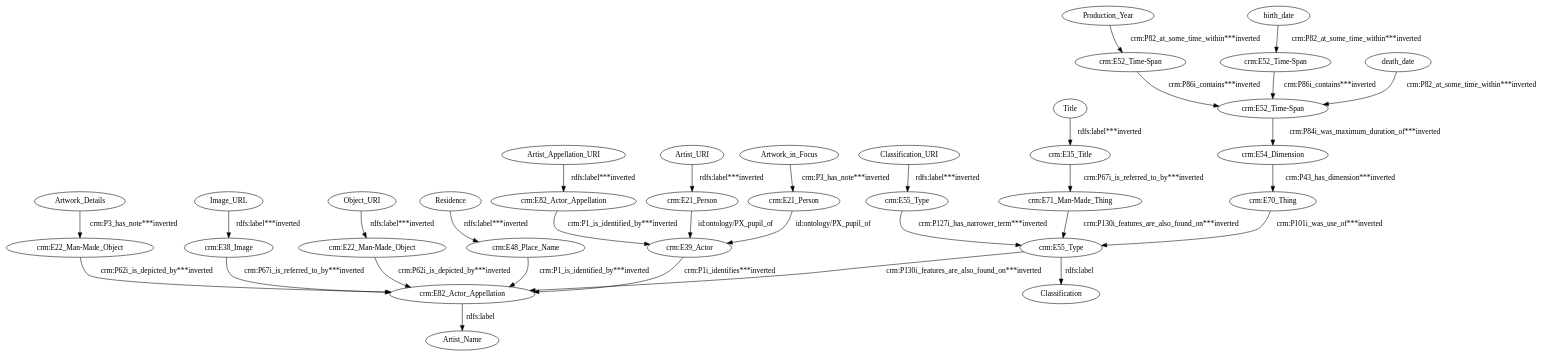
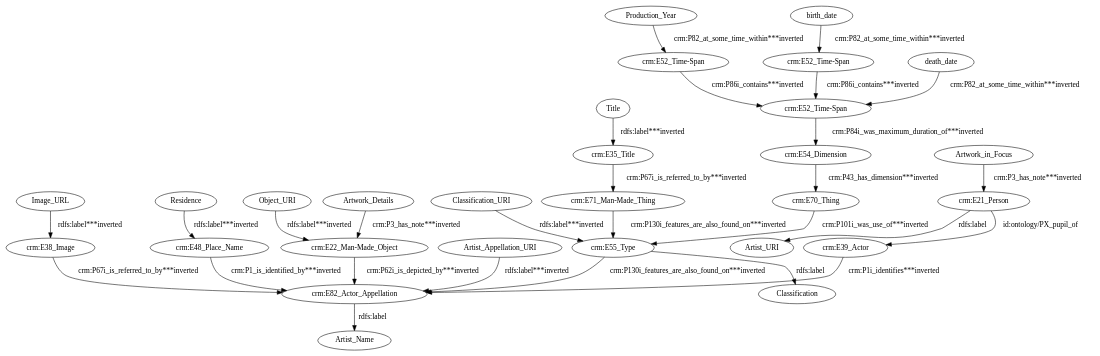
One commit to giuseppefutia/semi changed the diagram in data/taheriyan2016/task_01/semantic_models/steiner/dot/s20-s-lacma.dot. Above: the diagram before and after it, drawn with Graphviz. The commit also changed 223 other files, not shown here.

```diff
--- a/data/taheriyan2016/task_01/semantic_models/steiner/dot/s20-s-lacma.dot
+++ b/data/taheriyan2016/task_01/semantic_models/steiner/dot/s20-s-lacma.dot
@@ -1,65 +1,57 @@
 digraph {
   Artist_Appellation_URI [type=attribute_name,label=Artist_Appellation_URI]
   "crm:E82_Actor_Appellation1" [type=class_uri,label="crm:E82_Actor_Appellation"]
-  Artist_URI [type=attribute_name,label=Artist_URI]
-  "crm:E21_Person2" [type=class_uri,label="crm:E21_Person"]
   Artwork_Details [type=attribute_name,label=Artwork_Details]
   "crm:E22_Man-Made_Object1" [type=class_uri,label="crm:E22_Man-Made_Object"]
   Artwork_in_Focus [type=attribute_name,label=Artwork_in_Focus]
   "crm:E21_Person1" [type=class_uri,label="crm:E21_Person"]
   Classification_URI [type=attribute_name,label=Classification_URI]
   "crm:E55_Type1" [type=class_uri,label="crm:E55_Type"]
   Image_URL [type=attribute_name,label=Image_URL]
   "crm:E38_Image1" [type=class_uri,label="crm:E38_Image"]
   Object_URI [type=attribute_name,label=Object_URI]
-  "crm:E22_Man-Made_Object2" [type=class_uri,label="crm:E22_Man-Made_Object"]
   Production_Year [type=attribute_name,label=Production_Year]
   "crm:E52_Time-Span1" [type=class_uri,label="crm:E52_Time-Span"]
   Residence [type=attribute_name,label=Residence]
   "crm:E48_Place_Name1" [type=class_uri,label="crm:E48_Place_Name"]
   Title [type=attribute_name,label=Title]
   "crm:E35_Title1" [type=class_uri,label="crm:E35_Title"]
   birth_date [type=attribute_name,label=birth_date]
   "crm:E52_Time-Span2" [type=class_uri,label="crm:E52_Time-Span"]
+  Artist_URI [type=attribute_name,label=Artist_URI]
   "crm:E39_Actor" [type=class_uri,label="crm:E39_Actor"]
-  "crm:E82_Actor_Appellation2" [type=class_uri,label="crm:E82_Actor_Appellation"]
   "crm:E71_Man-Made_Thing" [type=class_uri,label="crm:E71_Man-Made_Thing"]
   "crm:E52_Time-Span3" [type=class_uri,label="crm:E52_Time-Span"]
   "crm:E54_Dimension" [type=class_uri,label="crm:E54_Dimension"]
   "crm:E70_Thing" [type=class_uri,label="crm:E70_Thing"]
-  "crm:E55_Type2" [type=class_uri,label="crm:E55_Type"]
   Classification [type=attribute_name,label=Classification]
   Artist_Name [type=attribute_name,label=Artist_Name]
   death_date [type=attribute_name,label=death_date]
-  Artist_Appellation_URI -> "crm:E82_Actor_Appellation1" [type=st_property_uri,label="rdfs:label***inverted"]
-  Artist_URI -> "crm:E21_Person2" [type=st_property_uri,label="rdfs:label***inverted"]
-  Artwork_Details -> "crm:E22_Man-Made_Object1" [type=st_property_uri,label="crm:P3_has_note***inverted"]
-  Artwork_in_Focus -> "crm:E21_Person1" [type=st_property_uri,label="crm:P3_has_note***inverted"]
-  Classification_URI -> "crm:E55_Type1" [type=st_property_uri,label="rdfs:label***inverted"]
-  Image_URL -> "crm:E38_Image1" [type=st_property_uri,label="rdfs:label***inverted"]
-  Object_URI -> "crm:E22_Man-Made_Object2" [type=st_property_uri,label="rdfs:label***inverted"]
-  Production_Year -> "crm:E52_Time-Span1" [type=st_property_uri,label="crm:P82_at_some_time_within***inverted"]
-  Residence -> "crm:E48_Place_Name1" [type=st_property_uri,label="rdfs:label***inverted"]
-  Title -> "crm:E35_Title1" [type=st_property_uri,label="rdfs:label***inverted"]
-  birth_date -> "crm:E52_Time-Span2" [type=st_property_uri,label="crm:P82_at_some_time_within***inverted"]
-  "crm:E21_Person1" -> "crm:E39_Actor" [label="id:ontology/PX_pupil_of",type=direct_property_uri]
-  "crm:E21_Person2" -> "crm:E39_Actor" [label="id:ontology/PX_pupil_of",type=direct_property_uri]
-  "crm:E22_Man-Made_Object1" -> "crm:E82_Actor_Appellation2" [type=inherited,label="crm:P62i_is_depicted_by***inverted"]
-  "crm:E22_Man-Made_Object2" -> "crm:E82_Actor_Appellation2" [type=inherited,label="crm:P62i_is_depicted_by***inverted"]
-  "crm:E35_Title1" -> "crm:E71_Man-Made_Thing" [type=inherited,label="crm:P67i_is_referred_to_by***inverted"]
-  "crm:E38_Image1" -> "crm:E82_Actor_Appellation2" [type=inherited,label="crm:P67i_is_referred_to_by***inverted"]
-  "crm:E39_Actor" -> "crm:E82_Actor_Appellation2" [type=inherited,label="crm:P1i_identifies***inverted"]
-  "crm:E48_Place_Name1" -> "crm:E82_Actor_Appellation2" [type=inherited,label="crm:P1_is_identified_by***inverted"]
-  "crm:E52_Time-Span1" -> "crm:E52_Time-Span3" [type=direct_property_uri,label="crm:P86i_contains***inverted"]
-  "crm:E52_Time-Span2" -> "crm:E52_Time-Span3" [type=direct_property_uri,label="crm:P86i_contains***inverted"]
-  "crm:E52_Time-Span3" -> "crm:E54_Dimension" [type=direct_property_uri,label="crm:P84i_was_maximum_duration_of***inverted"]
-  "crm:E54_Dimension" -> "crm:E70_Thing" [type=direct_property_uri,label="crm:P43_has_dimension***inverted"]
-  "crm:E55_Type1" -> "crm:E55_Type2" [type=direct_property_uri,label="crm:P127i_has_narrower_term***inverted"]
-  "crm:E55_Type2" -> Classification [label="rdfs:label",type=st_property_uri]
-  "crm:E55_Type2" -> "crm:E82_Actor_Appellation2" [type=inherited,label="crm:P130i_features_are_also_found_on***inverted"]
-  "crm:E70_Thing" -> "crm:E55_Type2" [type=direct_property_uri,label="crm:P101i_was_use_of***inverted"]
-  "crm:E71_Man-Made_Thing" -> "crm:E55_Type2" [type=inherited,label="crm:P130i_features_are_also_found_on***inverted"]
-  "crm:E82_Actor_Appellation1" -> "crm:E39_Actor" [type=inherited,label="crm:P1_is_identified_by***inverted"]
-  "crm:E82_Actor_Appellation2" -> Artist_Name [label="rdfs:label",type=st_property_uri]
-  death_date -> "crm:E52_Time-Span3" [type=st_property_uri,label="crm:P82_at_some_time_within***inverted"]
+  Artist_Appellation_URI -> "crm:E82_Actor_Appellation1" [type=st_property_uri,label="rdfs:label***inverted",weight=1]
+  Artwork_Details -> "crm:E22_Man-Made_Object1" [type=st_property_uri,label="crm:P3_has_note***inverted",weight=1]
+  Artwork_in_Focus -> "crm:E21_Person1" [type=st_property_uri,label="crm:P3_has_note***inverted",weight=1]
+  Classification_URI -> "crm:E55_Type1" [type=st_property_uri,label="rdfs:label***inverted",weight=1]
+  Image_URL -> "crm:E38_Image1" [type=st_property_uri,label="rdfs:label***inverted",weight=1]
+  Object_URI -> "crm:E22_Man-Made_Object1" [type=st_property_uri,label="rdfs:label***inverted",weight=1]
+  Production_Year -> "crm:E52_Time-Span1" [type=st_property_uri,label="crm:P82_at_some_time_within***inverted",weight=1]
+  Residence -> "crm:E48_Place_Name1" [type=st_property_uri,label="rdfs:label***inverted",weight=1]
+  Title -> "crm:E35_Title1" [type=st_property_uri,label="rdfs:label***inverted",weight=1]
+  birth_date -> "crm:E52_Time-Span2" [type=st_property_uri,label="crm:P82_at_some_time_within***inverted",weight=1]
+  "crm:E21_Person1" -> Artist_URI [label="rdfs:label",type=st_property_uri]
+  "crm:E21_Person1" -> "crm:E39_Actor" [label="id:ontology/PX_pupil_of",type=direct_property_uri,weight=1]
+  "crm:E22_Man-Made_Object1" -> "crm:E82_Actor_Appellation1" [type=inherited,label="crm:P62i_is_depicted_by***inverted",weight=4]
+  "crm:E35_Title1" -> "crm:E71_Man-Made_Thing" [type=inherited,label="crm:P67i_is_referred_to_by***inverted",weight=4]
+  "crm:E38_Image1" -> "crm:E82_Actor_Appellation1" [type=inherited,label="crm:P67i_is_referred_to_by***inverted",weight=4]
+  "crm:E39_Actor" -> "crm:E82_Actor_Appellation1" [type=inherited,label="crm:P1i_identifies***inverted",weight=4]
+  "crm:E48_Place_Name1" -> "crm:E82_Actor_Appellation1" [type=inherited,label="crm:P1_is_identified_by***inverted",weight=4]
+  "crm:E52_Time-Span1" -> "crm:E52_Time-Span3" [type=direct_property_uri,label="crm:P86i_contains***inverted",weight=1]
+  "crm:E52_Time-Span2" -> "crm:E52_Time-Span3" [type=direct_property_uri,label="crm:P86i_contains***inverted",weight=1]
+  "crm:E52_Time-Span3" -> "crm:E54_Dimension" [type=direct_property_uri,label="crm:P84i_was_maximum_duration_of***inverted",weight=1]
+  "crm:E54_Dimension" -> "crm:E70_Thing" [type=direct_property_uri,label="crm:P43_has_dimension***inverted",weight=1]
+  "crm:E55_Type1" -> Classification [label="rdfs:label",type=st_property_uri]
+  "crm:E55_Type1" -> "crm:E82_Actor_Appellation1" [type=inherited,label="crm:P130i_features_are_also_found_on***inverted",weight=4]
+  "crm:E70_Thing" -> "crm:E55_Type1" [type=direct_property_uri,label="crm:P101i_was_use_of***inverted",weight=1]
+  "crm:E71_Man-Made_Thing" -> "crm:E55_Type1" [type=inherited,label="crm:P130i_features_are_also_found_on***inverted",weight=4]
+  "crm:E82_Actor_Appellation1" -> Artist_Name [label="rdfs:label",type=st_property_uri]
+  death_date -> "crm:E52_Time-Span3" [type=st_property_uri,label="crm:P82_at_some_time_within***inverted",weight=1]
 }
```
